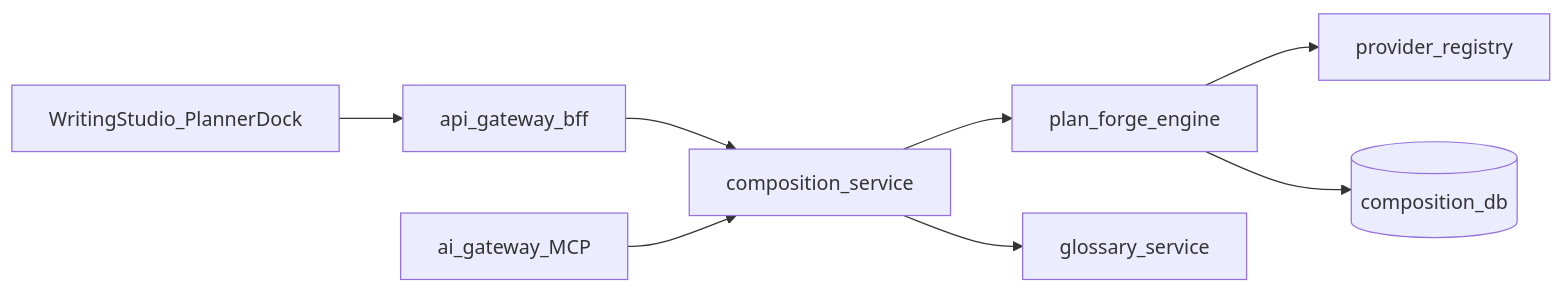
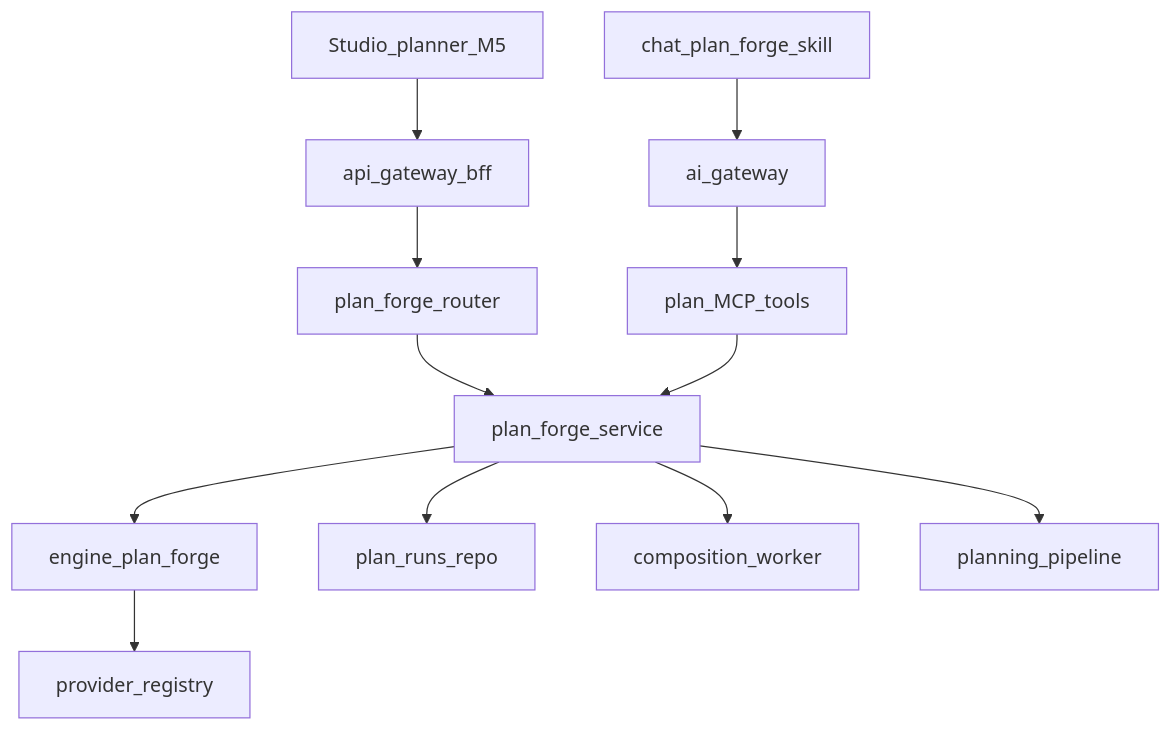
One commit to letuhao/lore-weave changed the diagram in docs/plans/2026-07-01-plan-forge-promote.md. Above: the diagram before and after it, drawn with Mermaid. The commit also changed other lines of this file and 38 other files, not shown here.

First line of the commit message:
feat(plan-forge): M0 contracts + M1 engine port to composition-service

````diff
--- a/docs/plans/2026-07-01-plan-forge-promote.md
+++ b/docs/plans/2026-07-01-plan-forge-promote.md
@@ -11,10 +27,14 @@
 ```mermaid
-flowchart LR
-  studio[WritingStudio_PlannerDock] --> gateway[api_gateway_bff]
-  gateway --> compose[composition_service]
-  compose --> engine[plan_forge_engine]
-  engine --> registry[provider_registry]
-  engine --> pg[(composition_db)]
-  compose --> glossary[glossary_service]
-  agent[ai_gateway_MCP] --> compose
+flowchart TB
+  Studio[Studio_planner_M5] --> BFF[api_gateway_bff]
+  Chat[chat_plan_forge_skill] --> AIGW[ai_gateway]
+  BFF --> Router[plan_forge_router]
+  AIGW --> MCP[plan_MCP_tools]
+  Router --> Service[plan_forge_service]
+  MCP --> Service
+  Service --> Engine[engine_plan_forge]
+  Service --> Repo[plan_runs_repo]
+  Engine --> PR[provider_registry]
+  Service --> Worker[composition_worker]
+  Service --> Pipeline[planning_pipeline]
 ```
````
